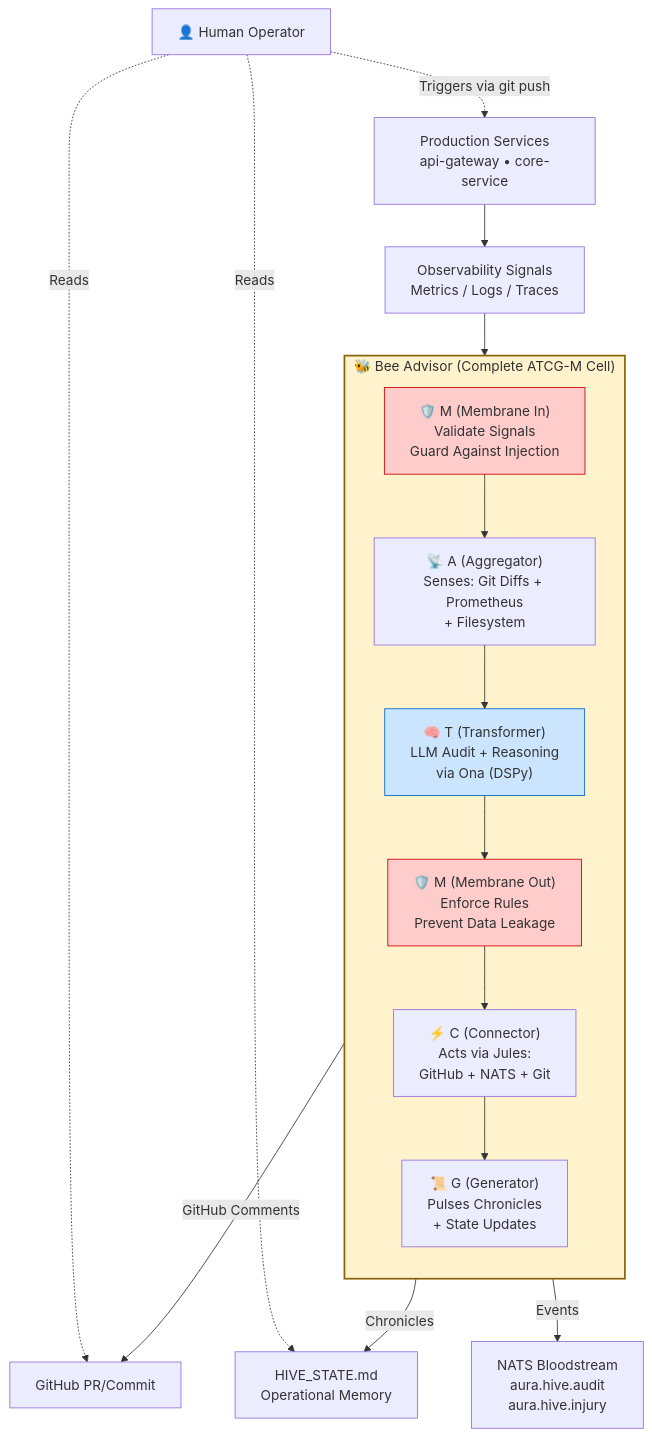
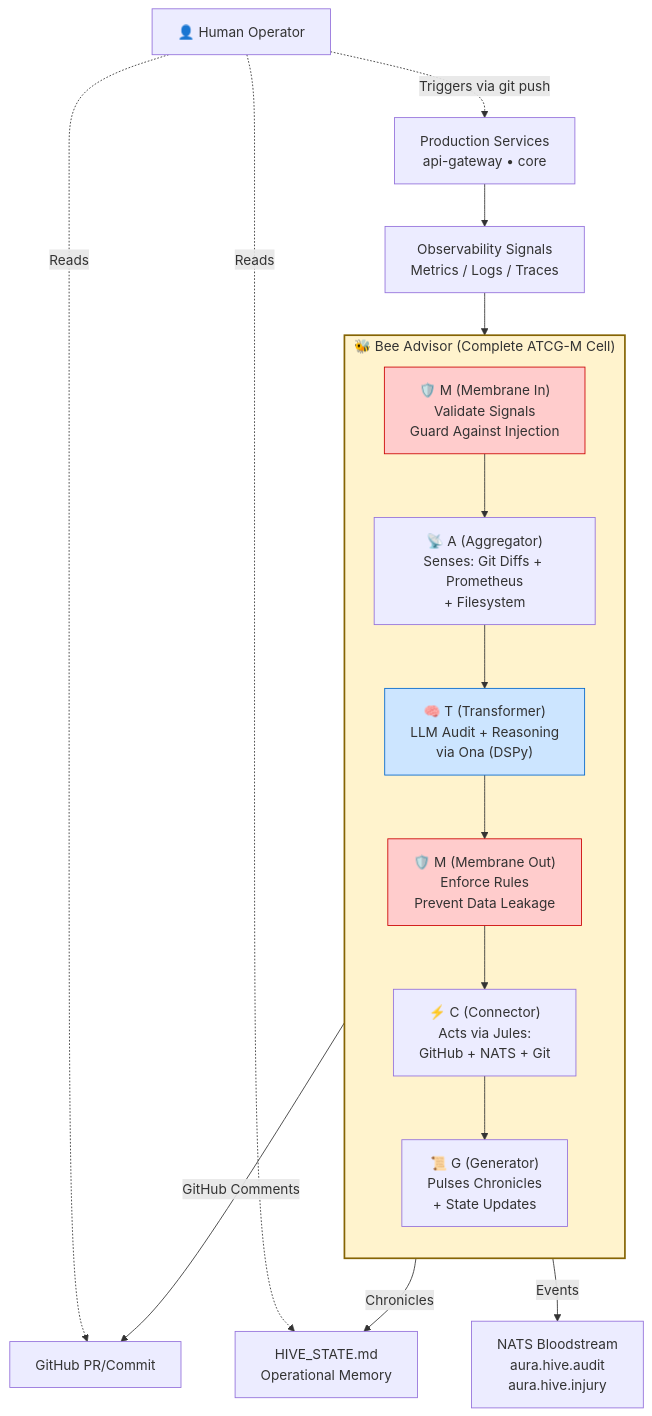
Before and after one commit to zaebee/aura: the diagram in docs/visual/index.md, drawn with Mermaid. The commit also changed other lines of this file and 7 other files, not shown here.

First line of the commit message:
docs(visual): remediate Gemini review round 5 + align with core-service→core migration

````diff
--- a/docs/visual/index.md
+++ b/docs/visual/index.md
@@ -15,31 +15,31 @@
 ```mermaid
 flowchart TB
     subgraph Advisor["🐝 Bee Advisor (Complete ATCG-M Cell)"]
         direction TB
         M_in["🛡️ M (Membrane In)<br/>Validate Signals<br/>Guard Against Injection"]
         A["📡 A (Aggregator)<br/>Senses: Git Diffs + Prometheus<br/>+ Filesystem"]
         T["🧠 T (Transformer)<br/>LLM Audit + Reasoning<br/>via Ona (DSPy)"]
         M_out["🛡️ M (Membrane Out)<br/>Enforce Rules<br/>Prevent Data Leakage"]
         C["⚡ C (Connector)<br/>Acts via Jules:<br/>GitHub + NATS + Git"]
         G["📜 G (Generator)<br/>Pulses Chronicles<br/>+ State Updates"]
 
         M_in --> A --> T --> M_out --> C
         C --> G
     end
 
-    Services[Production Services<br/>api-gateway • core-service] --> Observability[Observability Signals<br/>Metrics / Logs / Traces]
+    Services[Production Services<br/>api-gateway • core] --> Observability[Observability Signals<br/>Metrics / Logs / Traces]
     Observability --> M_in
 
     C --> |GitHub Comments| GitHub[GitHub PR/Commit]
     C --> |Events| NATS[NATS Bloodstream<br/>aura.hive.audit<br/>aura.hive.injury]
     G --> |Chronicles| HiveState[HIVE_STATE.md<br/>Operational Memory]
 
     Operator[👤 Human Operator] -.-> |Reads| GitHub
     Operator -.-> |Reads| HiveState
     Operator -.-> |Triggers via git push| Services
 
     style Advisor fill:#fff3cd,stroke:#856404,stroke-width:2px
     style M_in fill:#ffcccc,stroke:#cc0000
     style M_out fill:#ffcccc,stroke:#cc0000
     style T fill:#cce5ff,stroke:#0066cc
 ```
````
